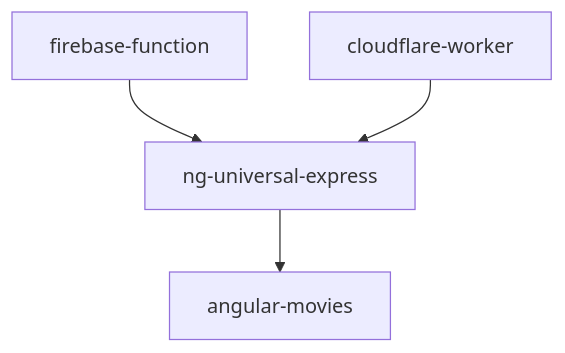
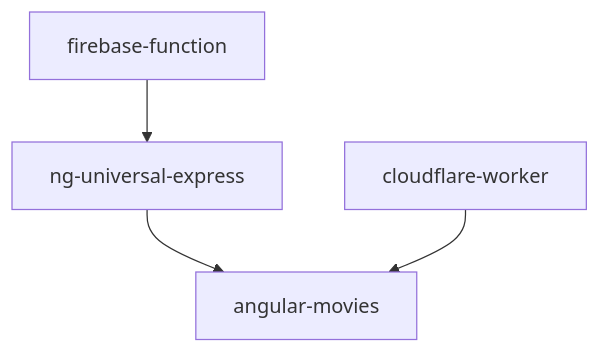
The second of 2 diagrams in CONTRIBUTING.md (tastejs/angular-movies), drawn with Mermaid before and after one commit. The commit also changed other lines of this file, not shown here.

````diff
--- a/CONTRIBUTING.md
+++ b/CONTRIBUTING.md
@@ -20,6 +22,6 @@
 ```mermaid
 graph TD;
     ng-universal-express-->angular-movies;
     firebase-function-->ng-universal-express;
-    cloudflare-worker-->ng-universal-express;
+    cloudflare-worker-->angular-movies;
 ```
````
